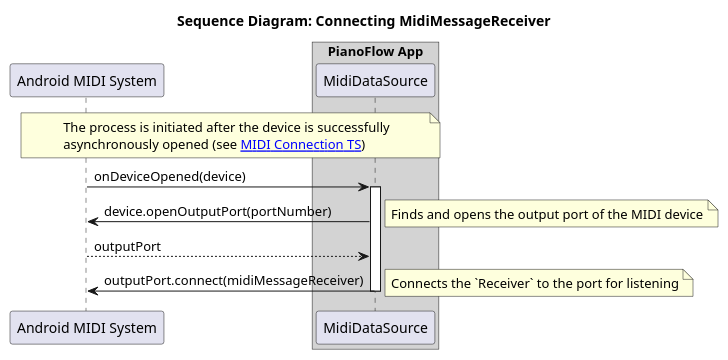
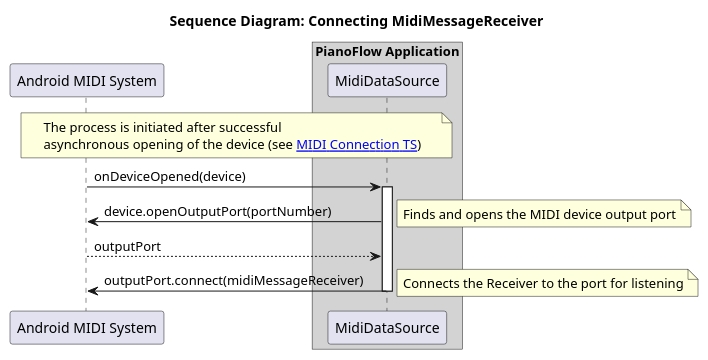
The fifth of 9 diagrams in docs/en/ts/MIDI_MESSAGE_PROCESSING.md (astrizhachuk/PianoFlow), drawn with PlantUML before and after one commit. The commit also changed other lines of this file and 47 other files, not shown here.

````diff
--- a/docs/en/ts/MIDI_MESSAGE_PROCESSING.md
+++ b/docs/en/ts/MIDI_MESSAGE_PROCESSING.md
@@ -209,28 +292,28 @@
 ```plantuml
 @startuml
 title Sequence Diagram: Connecting MidiMessageReceiver
 
 participant "Android MIDI System" as MidiSystem
-box "PianoFlow App" #LightGray
+box "PianoFlow Application" #LightGray
     participant "MidiDataSource" as DS
 end box
 
 note over MidiSystem, DS
-  The process is initiated after the device is successfully
-  asynchronously opened (see [[./MIDI_CONNECTION.md MIDI Connection TS]])
+  The process is initiated after successful
+  asynchronous opening of the device (see [[./MIDI_CONNECTION.md MIDI Connection TS]])
 end note
 
 MidiSystem -> DS: onDeviceOpened(device)
 activate DS
 
 DS -> MidiSystem: device.openOutputPort(portNumber)
-note right: Finds and opens the output port of the MIDI device
+note right: Finds and opens the MIDI device output port
 
 MidiSystem --> DS: outputPort
 
 DS -> MidiSystem: outputPort.connect(midiMessageReceiver)
-note right: Connects the `Receiver` to the port for listening
+note right: Connects the Receiver to the port for listening
 
 deactivate DS
 @enduml
 ```
````
